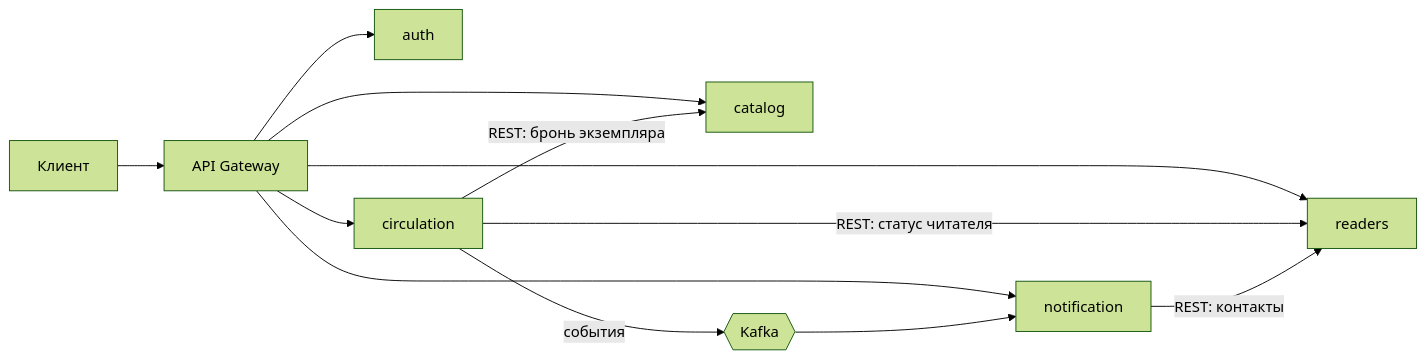
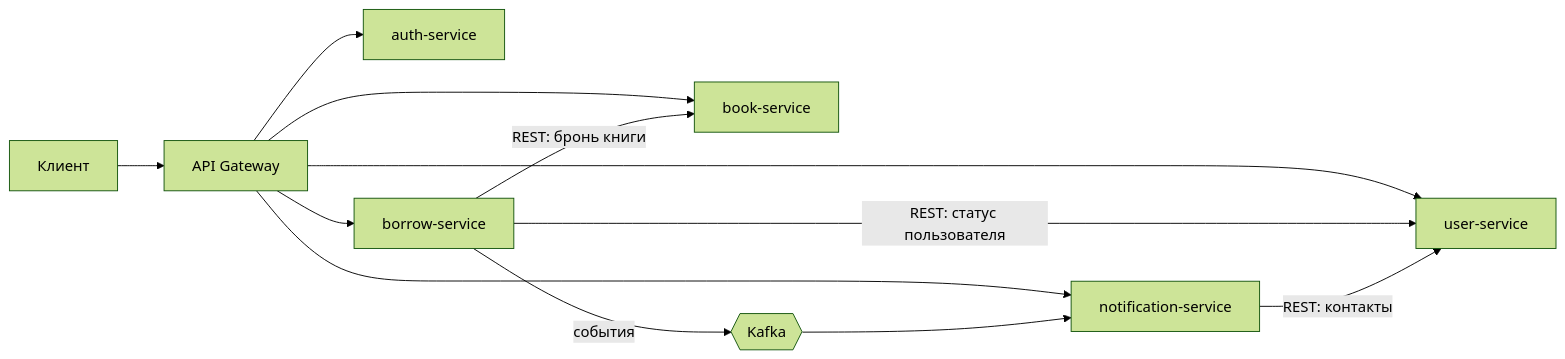
Before and after one commit to k3v1ch/library-microservices: the diagram in README.md, drawn with Mermaid (forest theme). The commit also changed other lines of this file and 179 other files, not shown here.

Commit message:
Имена сервисов как на паре: book/user/borrow, эндпоинты /books, /users, /borrow, поиск через Eureka

````diff
--- a/README.md
+++ b/README.md
@@ -34,9 +45,9 @@
 ```mermaid
 flowchart LR
     C[Клиент] --> GW[API Gateway]
-    GW --> AUTH[auth] & CAT[catalog] & RDR[readers] & CIRC[circulation] & NOT[notification]
-    CIRC -->|REST: статус читателя| RDR
-    CIRC -->|REST: бронь экземпляра| CAT
-    CIRC -->|события| K{{Kafka}} --> NOT
-    NOT -->|REST: контакты| RDR
+    GW --> AUTH[auth-service] & BOOK[book-service] & USR[user-service] & BRW[borrow-service] & NOT[notification-service]
+    BRW -->|REST: статус пользователя| USR
+    BRW -->|REST: бронь книги| BOOK
+    BRW -->|события| K{{Kafka}} --> NOT
+    NOT -->|REST: контакты| USR
 ```
````
